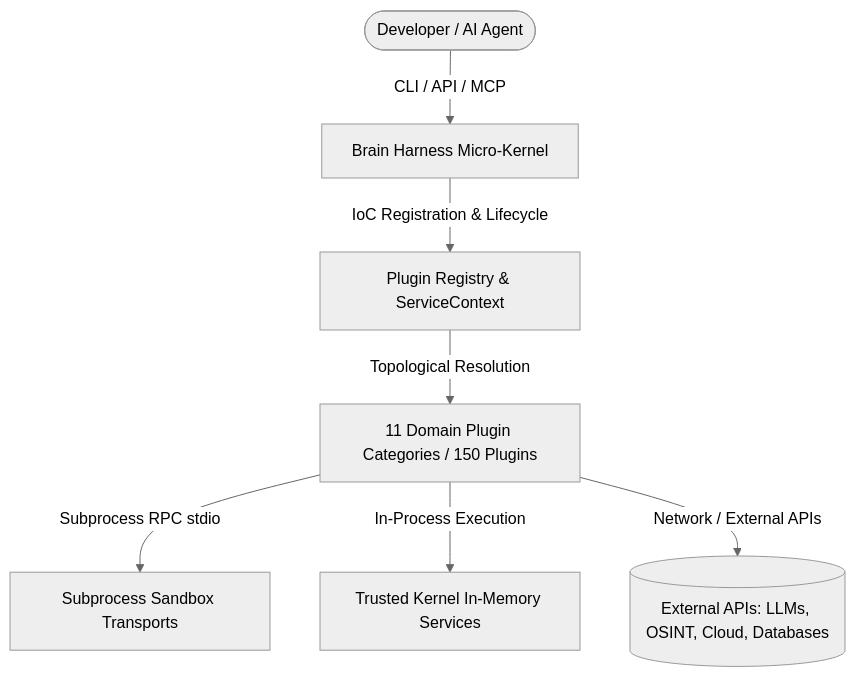
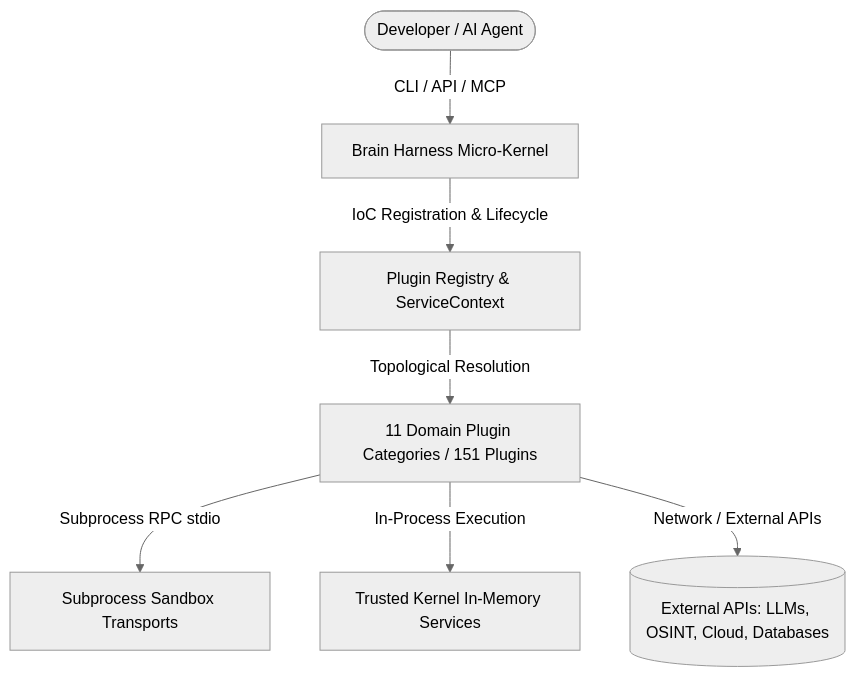
The first of 2 diagrams in plugins/README.md (SpectreDeath/Brain-Harness), drawn with Mermaid (neutral theme) before and after one commit. The commit also changed other lines of this file and 26 other files, not shown here.

````diff
--- a/plugins/README.md
+++ b/plugins/README.md
@@ -11,9 +11,9 @@
 ```mermaid
 flowchart TD
     User([Developer / AI Agent]) -->|CLI / API / MCP| Kernel[Brain Harness Micro-Kernel]
     Kernel -->|IoC Registration & Lifecycle| Registry[Plugin Registry & ServiceContext]
-    Registry -->|Topological Resolution| Plugins[11 Domain Plugin Categories / 150 Plugins]
+    Registry -->|Topological Resolution| Plugins[11 Domain Plugin Categories / 151 Plugins]
     Plugins -->|Subprocess RPC stdio| Sandbox[Subprocess Sandbox Transports]
     Plugins -->|In-Process Execution| CoreServices[Trusted Kernel In-Memory Services]
     Plugins -->|Network / External APIs| External[(External APIs: LLMs, OSINT, Cloud, Databases)]
 ```
````
